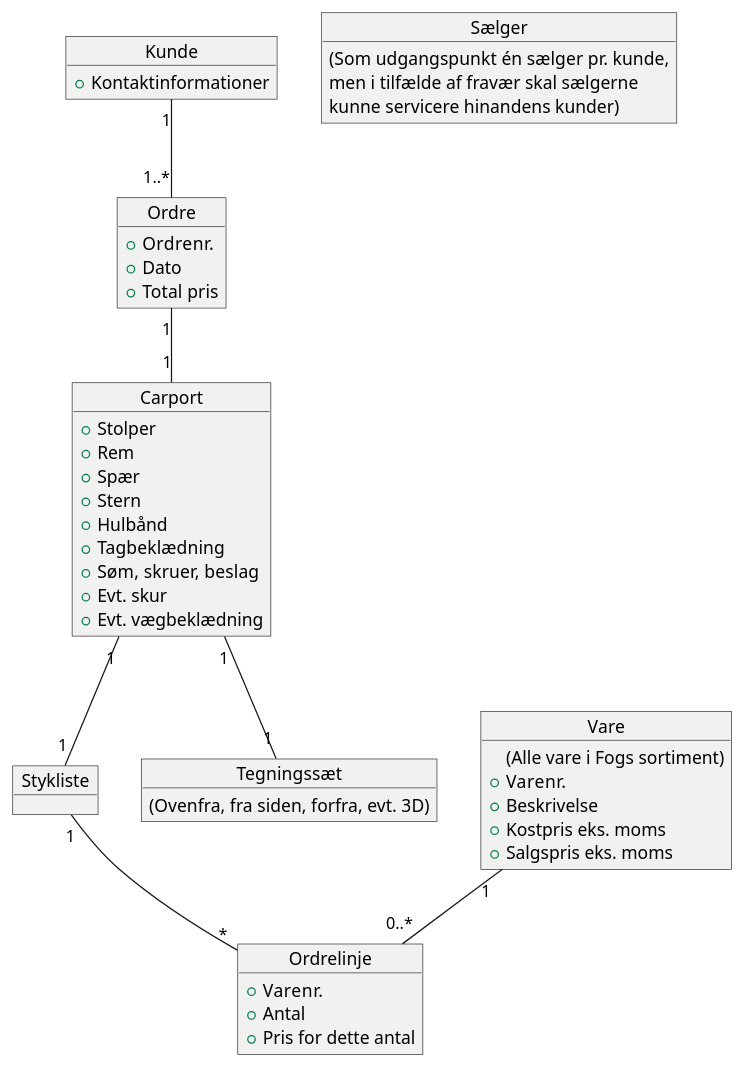
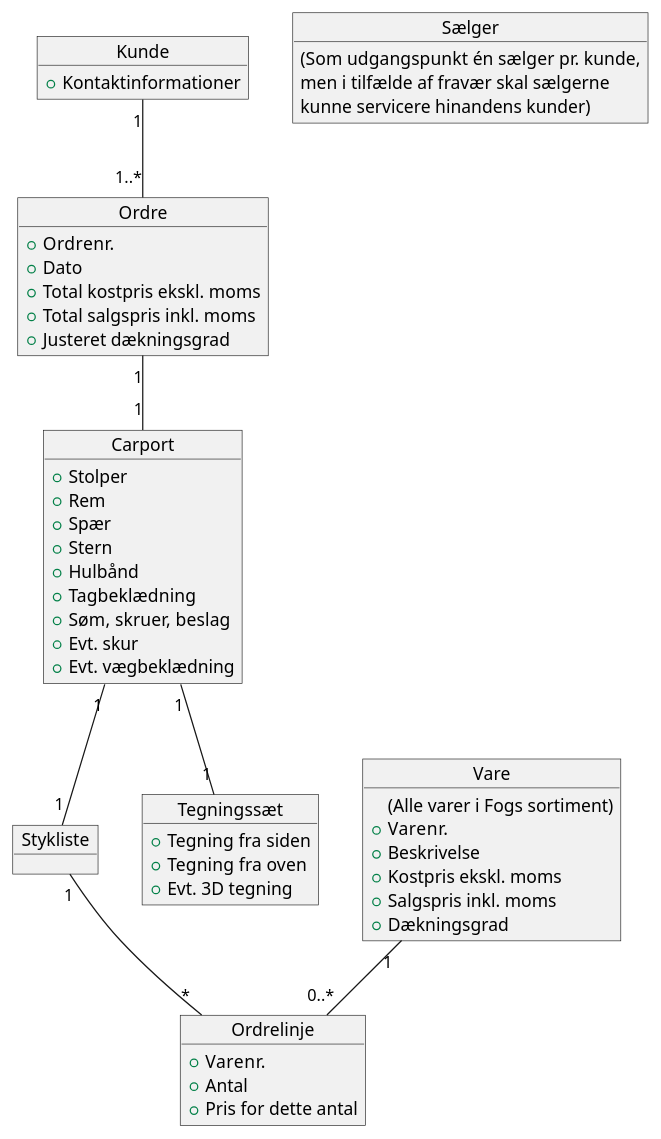
The diagram in src/design/DomainModel.puml (mrPrimeBeef/FogCarport), drawn with PlantUML before and after one commit.

Commit message:
Updated DomainModel.puml with cost price and sale price incl. VAT

```diff
--- a/src/design/DomainModel.puml
+++ b/src/design/DomainModel.puml
@@ -1,50 +1,55 @@
 @startuml
 object Kunde {
 +Kontaktinformationer
 }
 object Sælger {
 (Som udgangspunkt én sælger pr. kunde,
 men i tilfælde af fravær skal sælgerne
 kunne servicere hinandens kunder)
 }
 object Carport {
 +Stolper
 +Rem
 +Spær
 +Stern
 +Hulbånd
 +Tagbeklædning
 +Søm, skruer, beslag
 +Evt. skur
 +Evt. vægbeklædning
 }
 object Stykliste
 object Tegningssæt {
-(Ovenfra, fra siden, forfra, evt. 3D)
++Tegning fra siden
++Tegning fra oven
++Evt. 3D tegning
 }
 object Ordre {
 +Ordrenr.
 +Dato
-+Total pris
++Total kostpris ekskl. moms
++Total salgspris inkl. moms
++Justeret dækningsgrad
 }
 object Ordrelinje {
 +Varenr.
 +Antal
 +Pris for dette antal
 }
 object Vare{
-(Alle vare i Fogs sortiment)
+(Alle varer i Fogs sortiment)
 +Varenr.
 +Beskrivelse
-+Kostpris eks. moms
-+Salgspris eks. moms
++Kostpris ekskl. moms
++Salgspris inkl. moms
++Dækningsgrad
 }
 
 Kunde "1" -- "1..*" Ordre
 Ordre "1" -- "1" Carport
 Carport "1" -- "1" Tegningssæt
 Carport "1" -- "1" Stykliste
 Stykliste "1" -- "*" Ordrelinje
 Vare "1" -- "0..*" Ordrelinje
 
 @enduml
```
